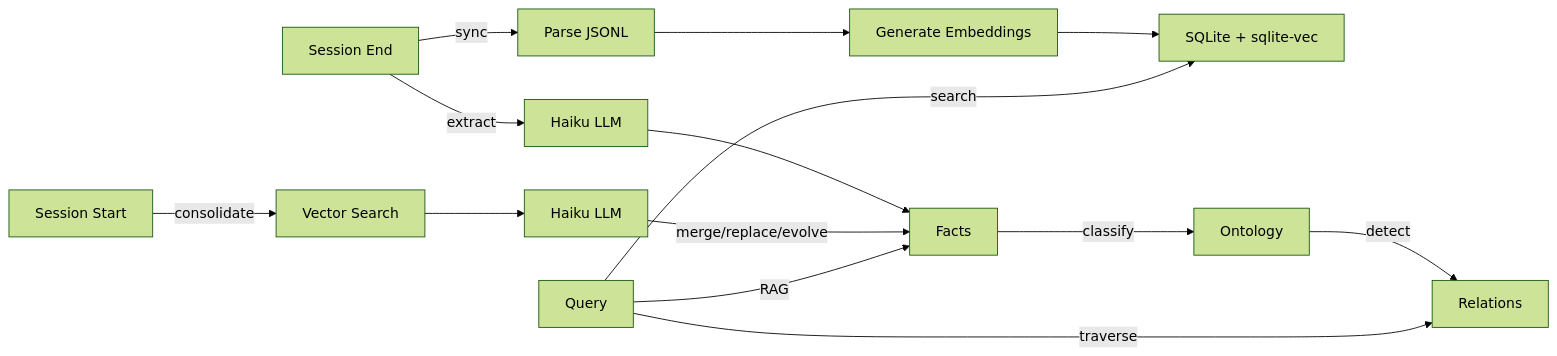
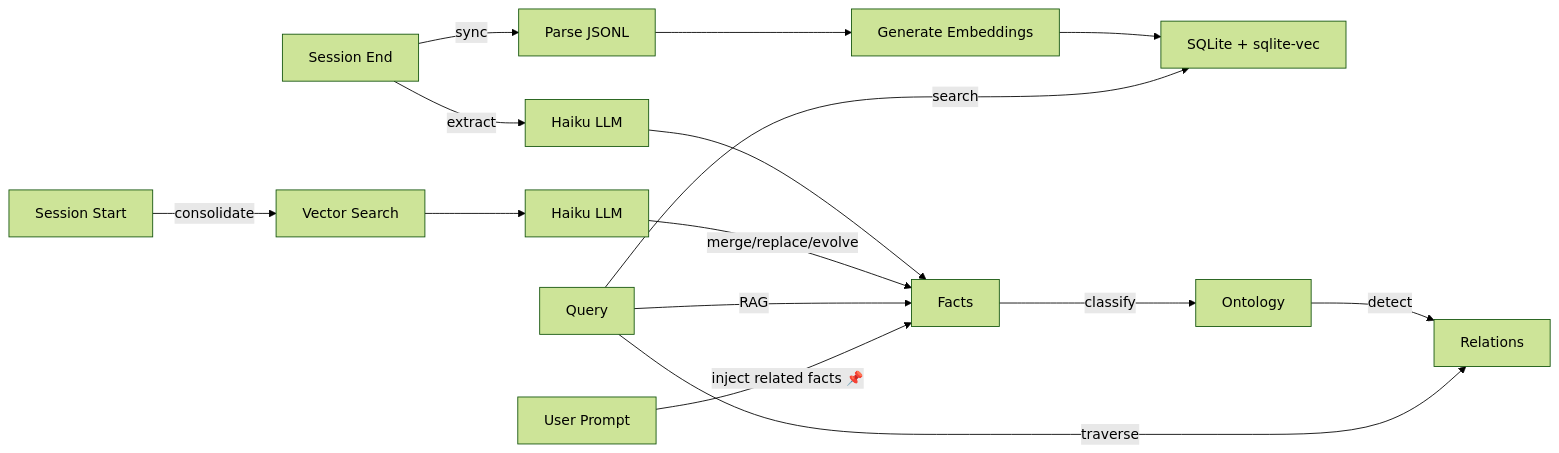
Before and after one commit to soulduse/memory-bank: the first of 2 diagrams in README.md, drawn with Mermaid (forest theme). The commit also changed other lines of this file and 4 other files, not shown here.

````diff
--- a/README.md
+++ b/README.md
@@ -52,19 +50,21 @@
 ```mermaid
 graph LR
     A[Session End] -->|sync| B[Parse JSONL]
     B --> C[Generate Embeddings]
     C --> D[SQLite + sqlite-vec]
 
     A -->|extract| E[Haiku LLM]
     E --> F[Facts]
     F -->|classify| G[Ontology]
     G -->|detect| H[Relations]
 
     I[Session Start] -->|consolidate| J[Vector Search]
     J --> K[Haiku LLM]
     K -->|merge/replace/evolve| F
 
     L[Query] -->|search| D
     L -->|RAG| F
     L -->|traverse| H
+
+    M[User Prompt] -->|inject related facts 📌| F
 ```
````
